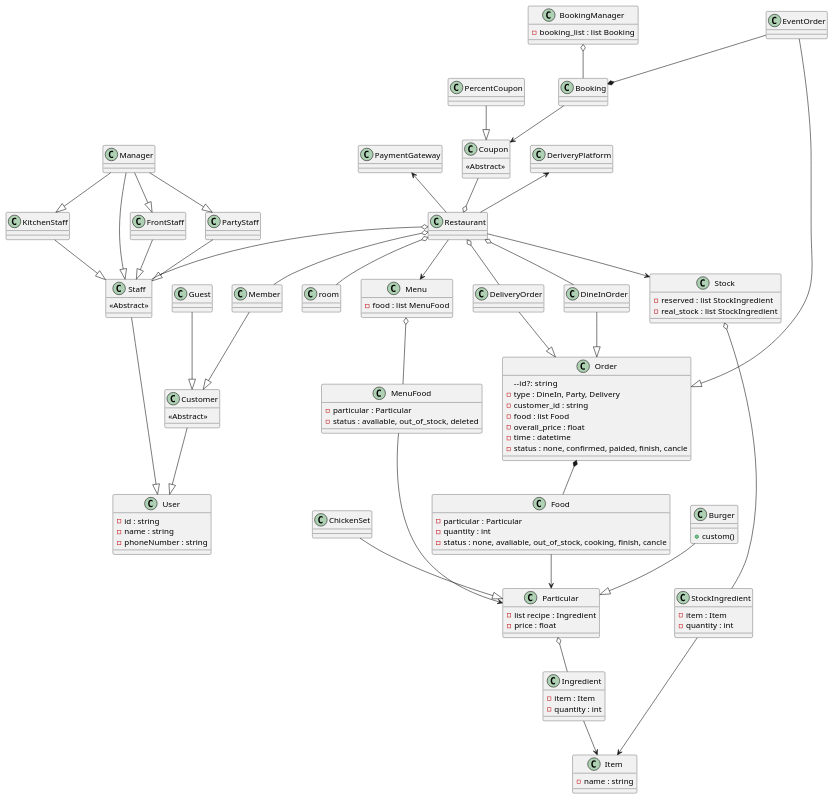
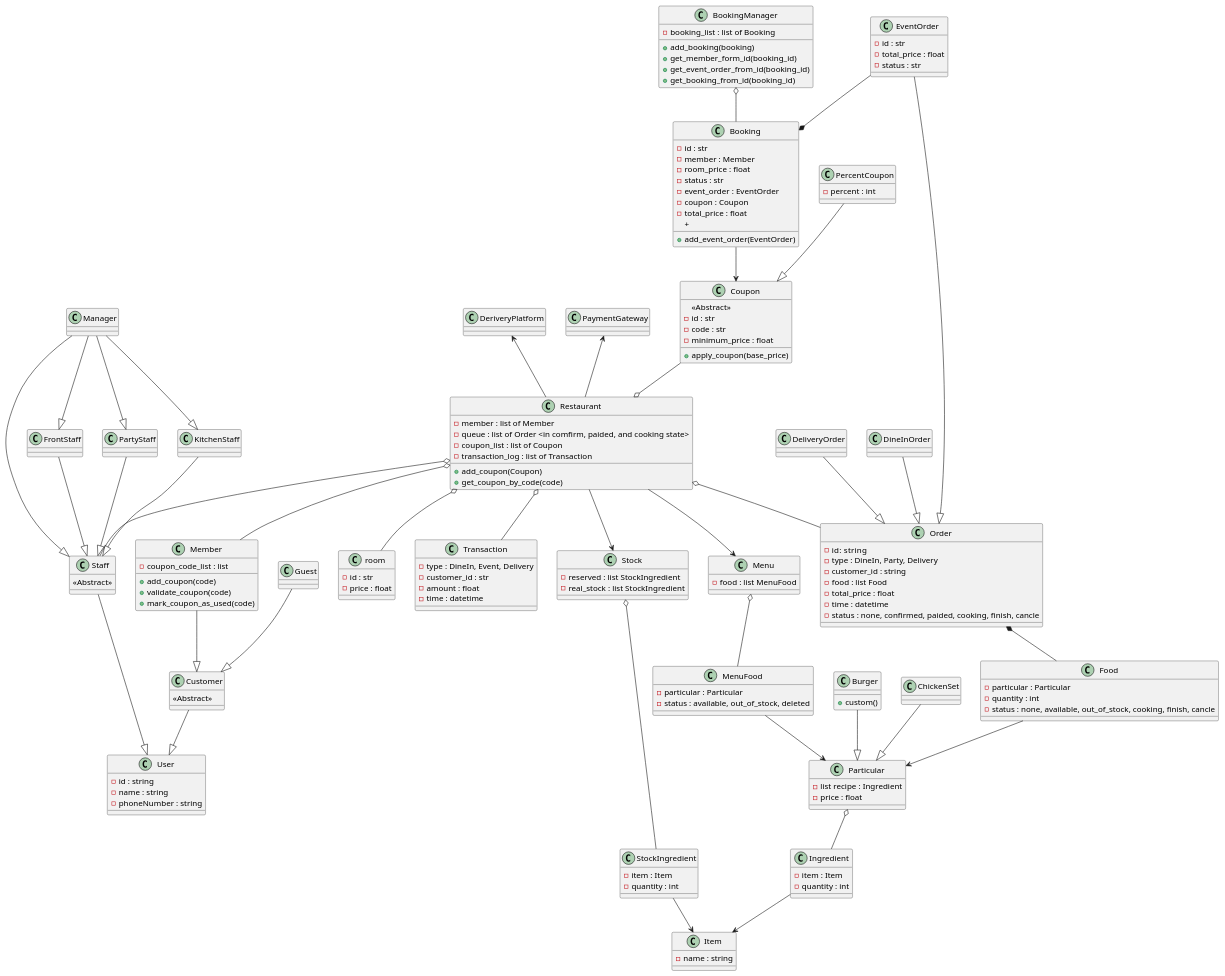
Before and after one commit to twrrippy/knight-chicken-oop: the diagram in shared/doc/class_diagram.puml, drawn with PlantUML.

Commit message:
Update class_diagram.puml
- add queue in Restaurant
- add cooking status in Order
- add Transaction
- change Order relationship
- add some attributes

```diff
--- a/shared/doc/class_diagram.puml
+++ b/shared/doc/class_diagram.puml
@@ -1,160 +1,194 @@
 @startuml ClassDiagram
 
 class Restaurant{
-
+    - member : list of Member
+    - queue : list of Order <in comfirm, paided, and cooking state>
+    - coupon_list : list of Coupon
+    - transaction_log : list of Transaction
+    + add_coupon(Coupon)
+    + get_coupon_by_code(code)
 }
 Customer --|> User
 Staff --|> User
 class User{
     -id : string
     -name : string
     -phoneNumber : string
 }
 Restaurant o-- Member
 Member--|>Customer
 Guest--|>Customer
 class Customer {
     <<Abstract>>
 }
 class Guest {
 
 }
 class Member{
-
+    - coupon_code_list : list
+    + add_coupon(code)
+    + validate_coupon(code)
+    + mark_coupon_as_used(code)
 }
 
 Restaurant o-- Staff
 FrontStaff--|>Staff
 PartyStaff--|>Staff
 KitchenStaff--|>Staff
 Manager--|>Staff
 Manager--|>FrontStaff
 Manager--|>PartyStaff
 Manager--|>KitchenStaff
 class Staff{
     <<Abstract>>
 }
 class FrontStaff{
     
 }
 class PartyStaff{
     
 }
 class KitchenStaff{
     
 }
 class Manager{
 
 }
 
-Restaurant o-- DineInOrder
-Restaurant o-- DeliveryOrder
 DineInOrder --|> Order
 EventOrder --|> Order
 DeliveryOrder --|> Order
 
 class DineInOrder{
     
 }
 class EventOrder{
-    
+    - id : str
+    - total_price : float
+    - status : str
 }
 class DeliveryOrder{
     
 }
 
+Restaurant o-- Order
 Order *-- Food
 Food --> Particular
 Particular o-- Ingredient
 Ingredient --> Item
 
 class Order{
-    --id?:  string
+    -id:  string
     -type : DineIn, Party, Delivery
     -customer_id : string
     -food : list Food
-    -overall_price : float
+    -total_price : float
     -time : datetime
-    -status : none, confirmed, paided, finish, cancle
+    -status : none, confirmed, paided, cooking, finish, cancle
 }
 class Food{
     -particular : Particular
     -quantity : int
-    -status : none, avaliable, out_of_stock, cooking, finish, cancle
+    -status : none, available, out_of_stock, cooking, finish, cancle
 }
 class Particular{
     -list recipe : Ingredient
     -price : float
 }
 Burger --|> Particular
 ChickenSet --|> Particular
 class Burger{
     + custom()
 }
 class ChickenSet{
     
 }
 class Ingredient{
     -item : Item
     -quantity : int
 }
 class Item{
     -name : string
 }
 
 Restaurant --> Menu
 Menu o-- MenuFood
 MenuFood --> Particular
 class Menu{
     - food : list MenuFood
 }
 class MenuFood{
     - particular : Particular
-    - status : avaliable, out_of_stock, deleted
+    - status : available, out_of_stock, deleted
 }
 
 Restaurant --> Stock
 class Stock{
     - reserved : list StockIngredient
     - real_stock : list StockIngredient
 }
 
 Stock o-- StockIngredient
 StockIngredient --> Item
 class StockIngredient{
     - item : Item
     - quantity : int
 }
 
 BookingManager o-- Booking
 Booking --> Coupon
 PercentCoupon --|> Coupon
 EventOrder --* Booking
 
 Coupon --o Restaurant
 class room{
-
+    - id : str
+    - price : float
 }
 Restaurant o-- room
 class BookingManager{
-    - booking_list : list Booking
+    - booking_list : list of Booking
+    + add_booking(booking)
+    + get_member_form_id(booking_id)
+    + get_event_order_from_id(booking_id)
+    + get_booking_from_id(booking_id)
 }
 class Booking{
-
+    - id : str
+    - member : Member
+    - room_price : float
+    - status : str
+    - event_order : EventOrder
+    - coupon : Coupon
+    - total_price : float
+    + add_event_order(EventOrder)
+    +
 }
 class Coupon{
     <<Abstract>>
+    - id : str
+    - code : str
+    - minimum_price : float
+    + apply_coupon(base_price)
 }
 class PercentCoupon{
-
+    - percent : int
 }
 DeriveryPlatform <-- Restaurant
 class DeriveryPlatform{
 
 }
 PaymentGateway <-- Restaurant
 class PaymentGateway{
 
 }
 
+Restaurant o-- Transaction
+class Transaction{
+    - type : DineIn, Event, Delivery
+    - customer_id : str
+    - amount : float
+    - time : datetime
+}
+
 @enduml
```
